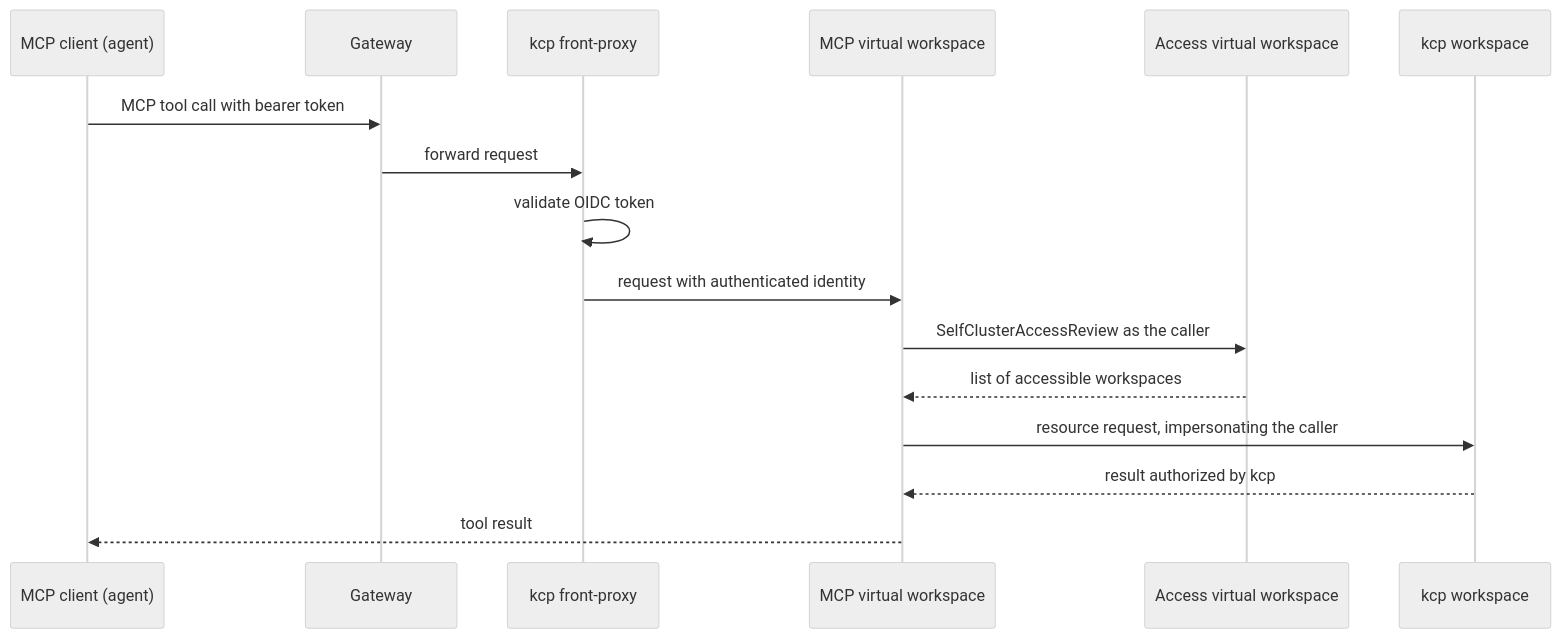
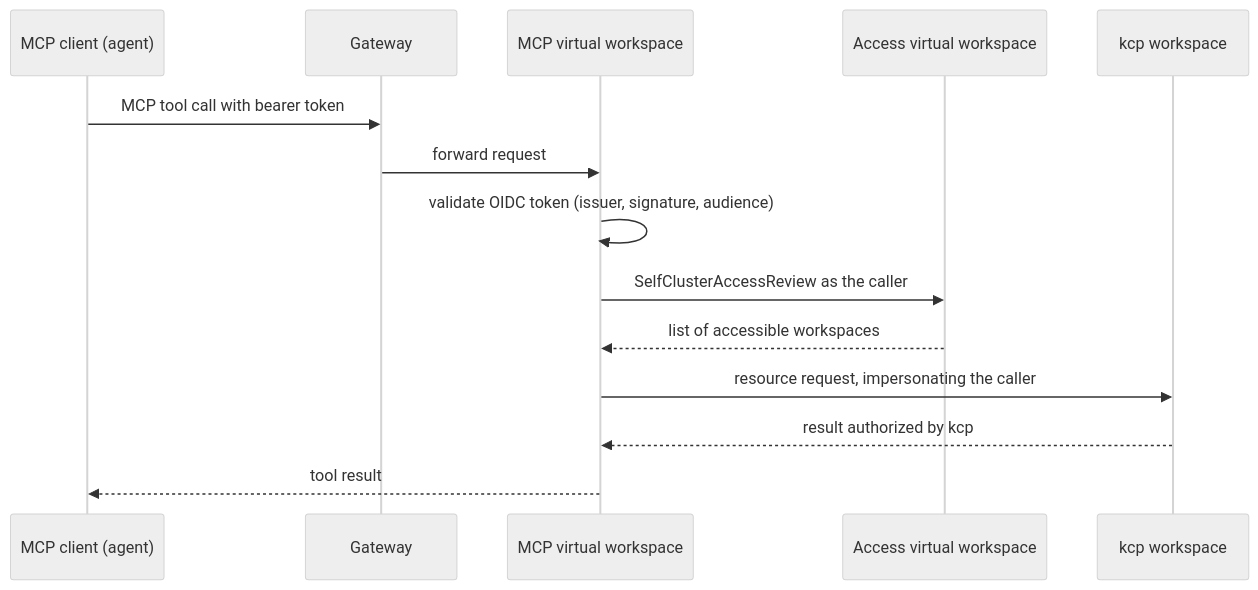
Before and after one commit to platform-mesh/platform-mesh.github.io: the diagram in concepts/mcp-integration.md, drawn with Mermaid (neutral theme). The commit also changed other lines of this file and 2 other files, not shown here.

````diff
--- a/concepts/mcp-integration.md
+++ b/concepts/mcp-integration.md
@@ -36,19 +36,17 @@
 ```mermaid
 sequenceDiagram
     participant Agent as MCP client (agent)
     participant GW as Gateway
-    participant FP as kcp front-proxy
     participant MCP as MCP virtual workspace
     participant ACC as Access virtual workspace
     participant WS as kcp workspace
 
     Agent->>GW: MCP tool call with bearer token
-    GW->>FP: forward request
-    FP->>FP: validate OIDC token
-    FP->>MCP: request with authenticated identity
+    GW->>MCP: forward request
+    MCP->>MCP: validate OIDC token (issuer, signature, audience)
     MCP->>ACC: SelfClusterAccessReview as the caller
     ACC-->>MCP: list of accessible workspaces
     MCP->>WS: resource request, impersonating the caller
     WS-->>MCP: result authorized by kcp
     MCP-->>Agent: tool result
 ```
````
